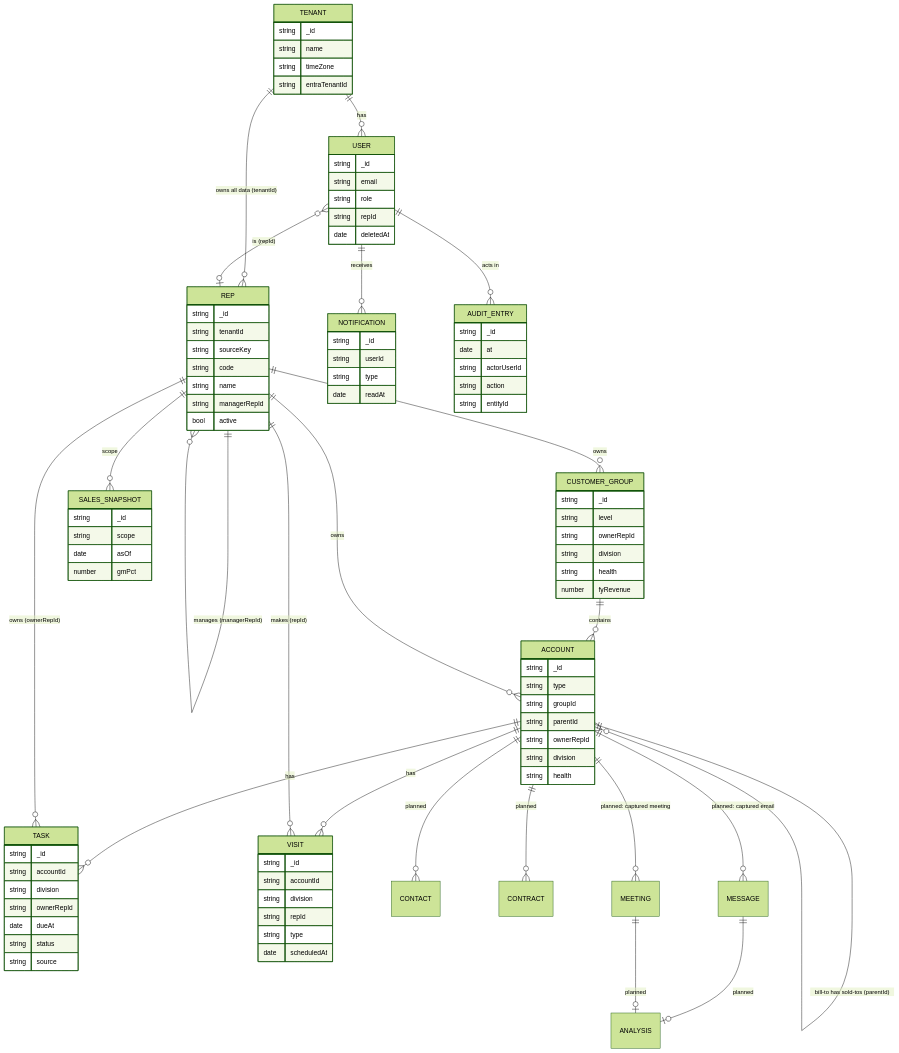
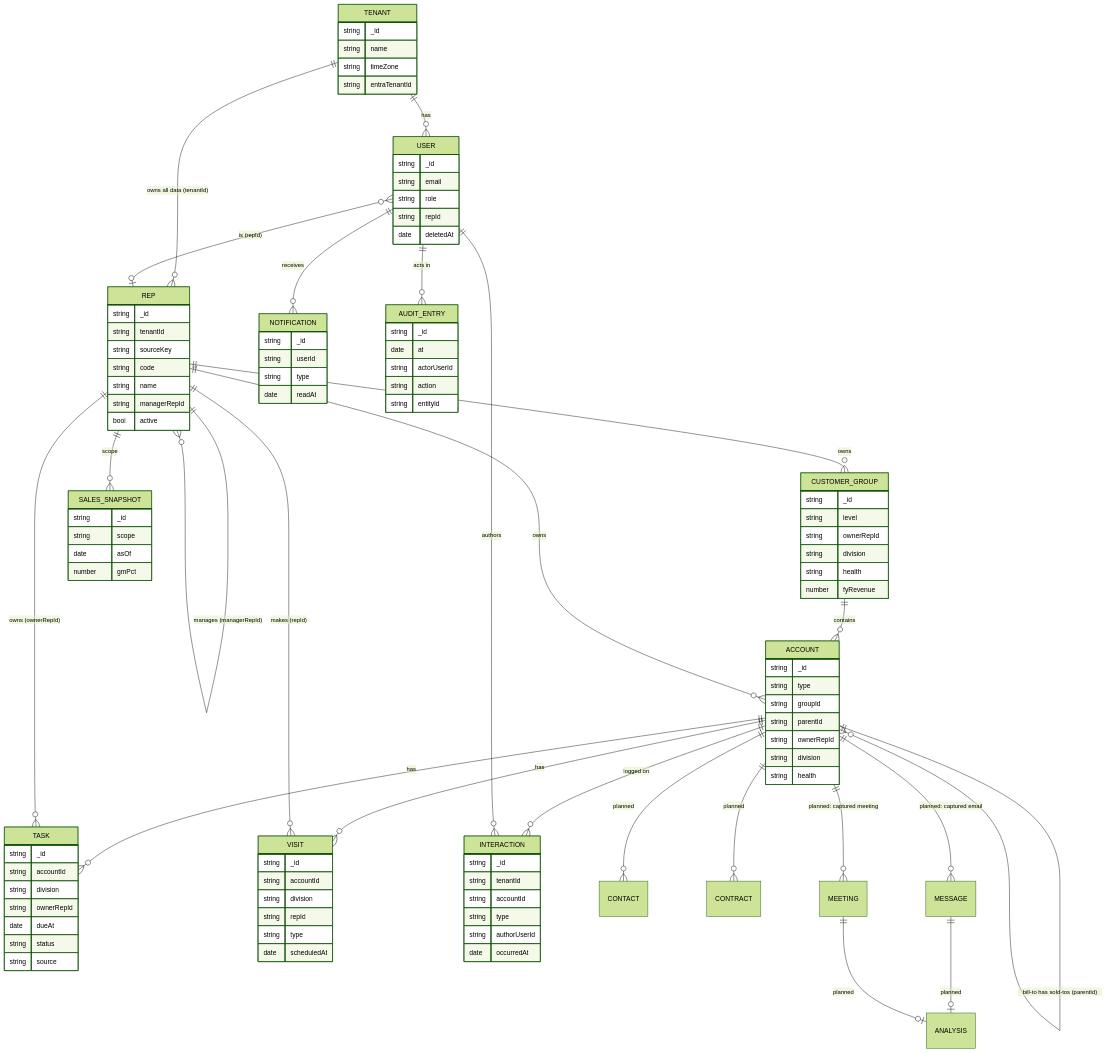
The diagram in docs/architecture/data-model.md (sonishivam1/ambient-crm), drawn with Mermaid (forest theme) before and after one commit. The commit also changed other lines of this file and 15 other files, not shown here.

First line of the commit message:
feat(accounts): customer profile with timeline and logged interactions

```diff
--- a/docs/architecture/data-model.md
+++ b/docs/architecture/data-model.md
@@ -33,6 +33,8 @@
   REP ||--o{ ACCOUNT : owns
   ACCOUNT ||--o{ TASK : has
   ACCOUNT ||--o{ VISIT : has
+  ACCOUNT ||--o{ INTERACTION : "logged on"
+  USER ||--o{ INTERACTION : authors
   REP ||--o{ TASK : "owns (ownerRepId)"
   REP ||--o{ VISIT : "makes (repId)"
   USER ||--o{ NOTIFICATION : receives
@@ -101,6 +103,14 @@
     string type
     date scheduledAt
   }
+  INTERACTION {
+    string _id
+    string tenantId
+    string accountId
+    string type
+    string authorUserId
+    date occurredAt
+  }
   NOTIFICATION {
     string _id
     string userId
```
